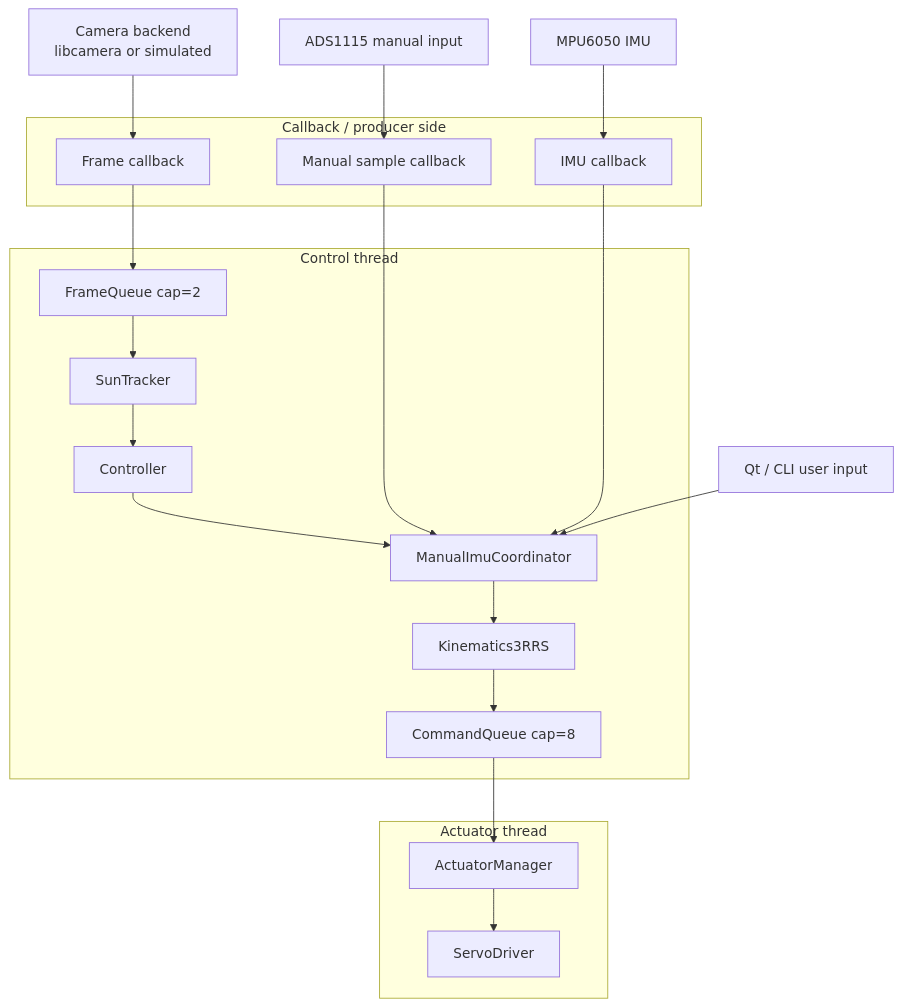
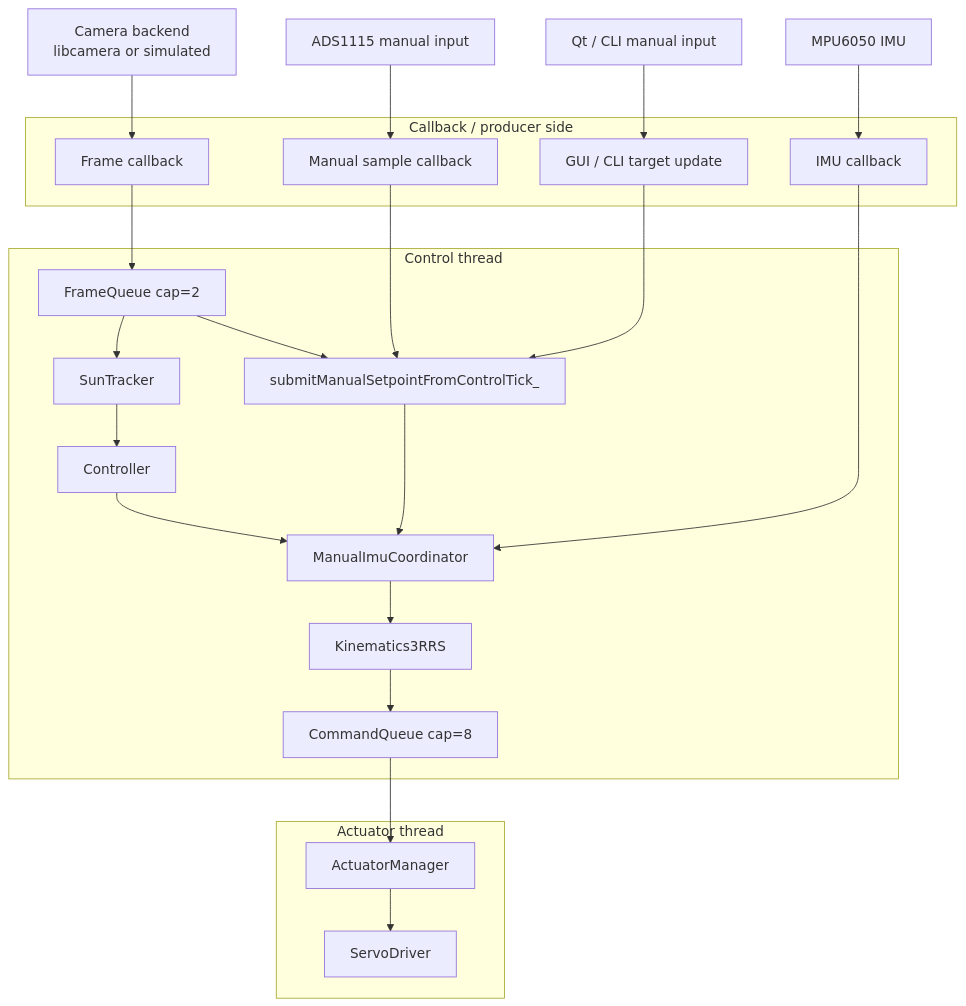
One commit to fadihalteh/sun2 changed the fifth of 5 diagrams in docs/system_architecture.md. Above: the diagram before and after it, drawn with Mermaid. The commit also changed other lines of this file and 6 other files, not shown here.

````diff
--- a/docs/system_architecture.md
+++ b/docs/system_architecture.md
@@ -351,35 +390,37 @@
 ```mermaid
 flowchart TB
   CAM["Camera backend<br/>libcamera or simulated"]
   ADS["ADS1115 manual input"]
   MPU["MPU6050 IMU"]
-  PI["Qt / CLI user input"]
+  UI["Qt / CLI manual input"]
 
   subgraph T1["Callback / producer side"]
     CAMCB["Frame callback"]
     ADSCB["Manual sample callback"]
     MPUCB["IMU callback"]
+    UICB["GUI / CLI target update"]
   end
 
   subgraph T2["Control thread"]
     FQ["FrameQueue cap=2"]
     ST["SunTracker"]
     CTRL["Controller"]
+    MAN["submitManualSetpointFromControlTick_"]
     MIC["ManualImuCoordinator"]
     KIN["Kinematics3RRS"]
     CQ["CommandQueue cap=8"]
   end
 
   subgraph T3["Actuator thread"]
     ACT["ActuatorManager"]
     SERVO["ServoDriver"]
   end
 
   CAM --> CAMCB --> FQ
   FQ --> ST --> CTRL --> MIC --> KIN --> CQ
+  FQ --> MAN --> MIC
+  ADS --> ADSCB --> MAN
+  UI --> UICB --> MAN
+  MPU --> MPUCB --> MIC
   CQ --> ACT --> SERVO
-
-  ADS --> ADSCB --> MIC
-  MPU --> MPUCB --> MIC
-  PI --> MIC
 ```
````
